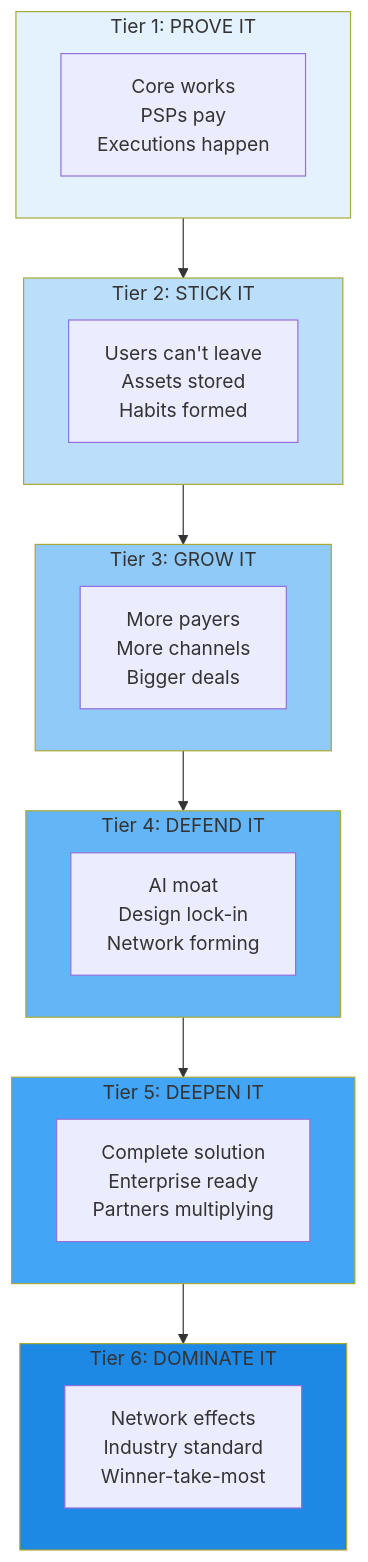
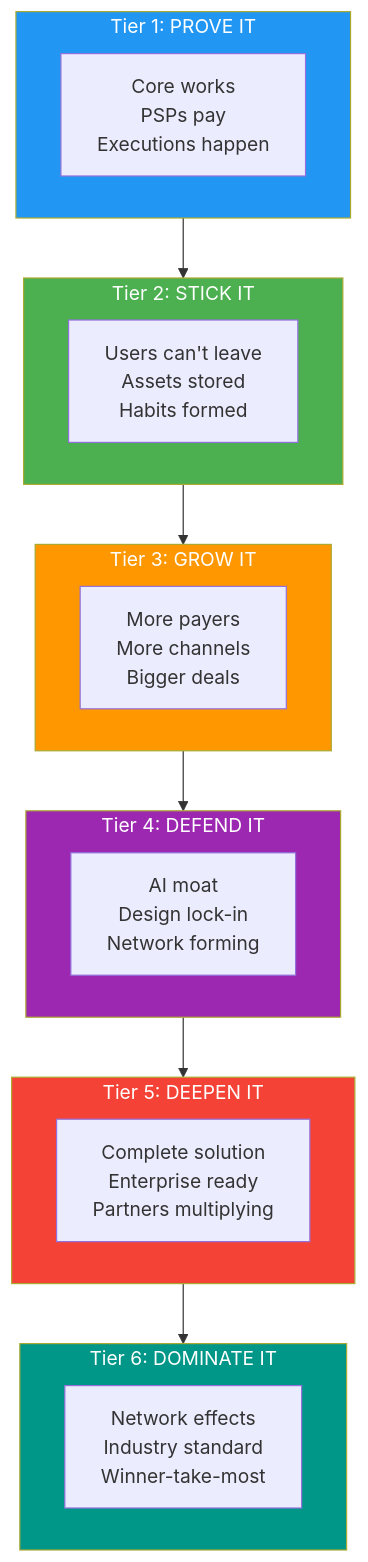
Before and after one commit to VisualGraphxLLC/NewPOPSys: the seventh of 7 diagrams in Post_v1/DEVELOPMENT_PRIORITY.md, drawn with Mermaid. The commit also changed other lines of this file and 1 other file, not shown here.

First line of the commit message:
Fix Mermaid chart colors for dark mode compatibility

````diff
--- a/Post_v1/DEVELOPMENT_PRIORITY.md
+++ b/Post_v1/DEVELOPMENT_PRIORITY.md
@@ -385,35 +385,35 @@
 ```mermaid
 flowchart TB
     subgraph T1[Tier 1: PROVE IT]
         P1[Core works\nPSPs pay\nExecutions happen]
     end
 
     subgraph T2[Tier 2: STICK IT]
         P2[Users can't leave\nAssets stored\nHabits formed]
     end
 
     subgraph T3[Tier 3: GROW IT]
         P3[More payers\nMore channels\nBigger deals]
     end
 
     subgraph T4[Tier 4: DEFEND IT]
         P4[AI moat\nDesign lock-in\nNetwork forming]
     end
 
     subgraph T5[Tier 5: DEEPEN IT]
         P5[Complete solution\nEnterprise ready\nPartners multiplying]
     end
 
     subgraph T6[Tier 6: DOMINATE IT]
         P6[Network effects\nIndustry standard\nWinner-take-most]
     end
 
     T1 --> T2 --> T3 --> T4 --> T5 --> T6
 
-    style T1 fill:#e3f2fd
-    style T2 fill:#bbdefb
-    style T3 fill:#90caf9
-    style T4 fill:#64b5f6
-    style T5 fill:#42a5f5
-    style T6 fill:#1e88e5
+    style T1 fill:#2196f3,color:#fff
+    style T2 fill:#4caf50,color:#fff
+    style T3 fill:#ff9800,color:#fff
+    style T4 fill:#9c27b0,color:#fff
+    style T5 fill:#f44336,color:#fff
+    style T6 fill:#009688,color:#fff
 ```
````
